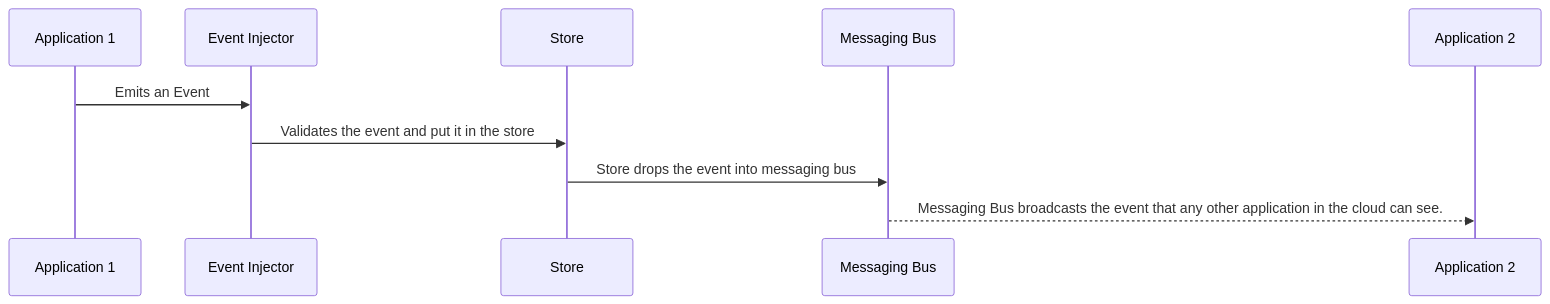
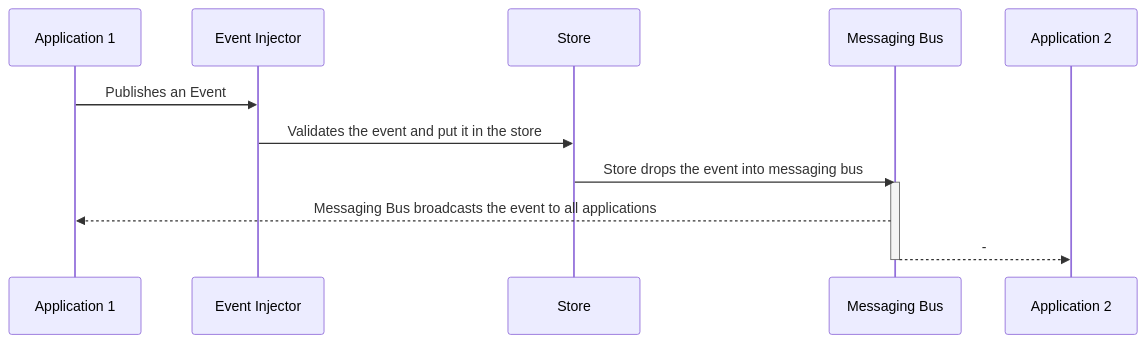
One commit to bitspook/humans-of-trantor changed the diagram in docs/content/_index.md. Above: the diagram before and after it, drawn with Mermaid. The commit also changed other lines of this file and 1 other file, not shown here.

```diff
--- a/docs/content/_index.md
+++ b/docs/content/_index.md
@@ -57,13 +58,17 @@
 {{<mermaid>}}
 sequenceDiagram
     participant Application 1
     participant Event Injector
     participant Store
     participant Messaging Bus
     participant Application 2
 
-    Application 1 ->> Event Injector: Emits an Event
+    Application 1 ->> Event Injector: Publishes an Event
     Event Injector ->> Store: Validates the event and put it in the store
     Store ->> Messaging Bus: Store drops the event into messaging bus
-    Messaging Bus -->> Application 2: Messaging Bus broadcasts the event that any other application in the cloud can see.
+
+    activate Messaging Bus
+    Messaging Bus -->> Application 1: Messaging Bus broadcasts the event to all applications
+    Messaging Bus -->> Application 2: -
+    deactivate Messaging Bus
 {{</mermaid>}}
```
